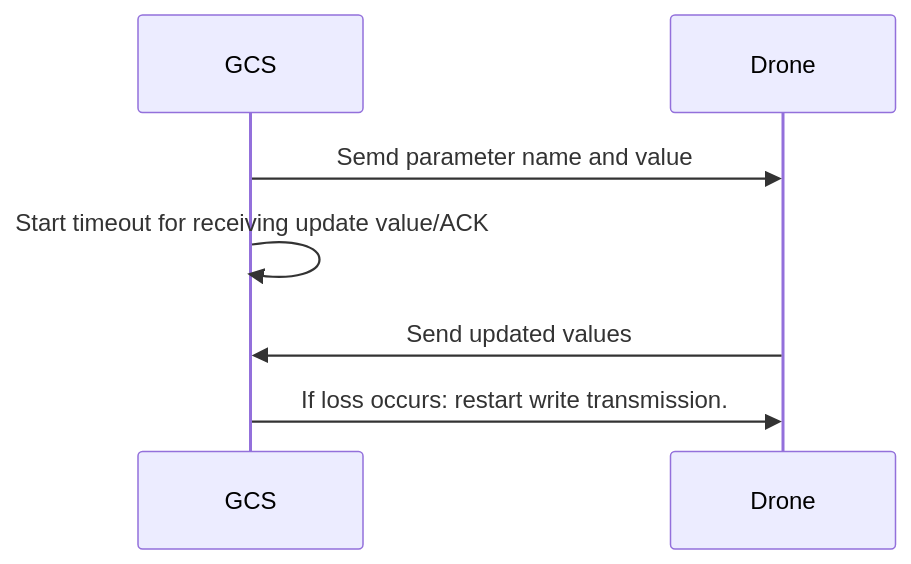
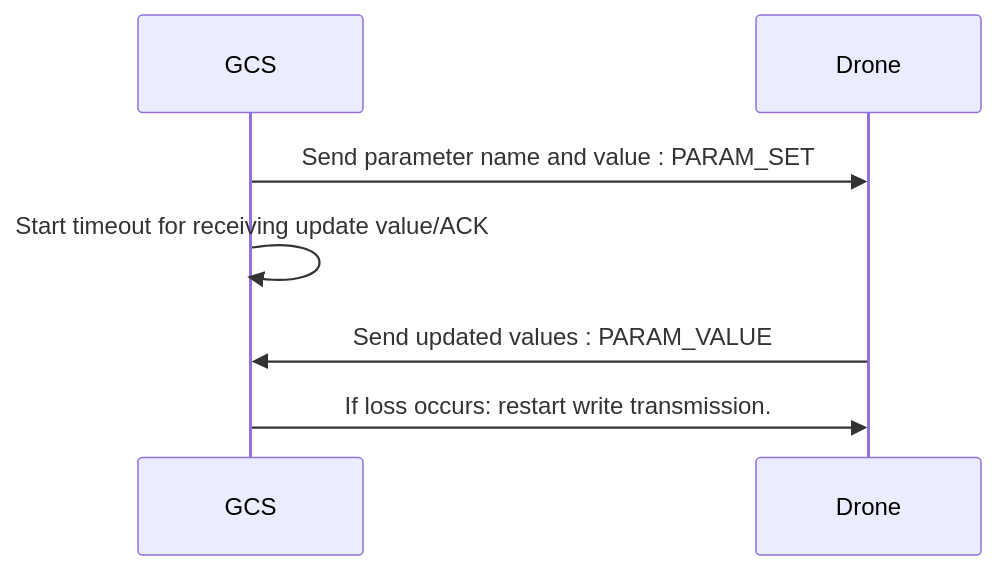
Before and after one commit to mavlink/mavlink-devguide: the second of 2 diagrams in en/protocol/parameter.md, drawn with Mermaid. The commit also changed other lines of this file, not shown here.

First line of the commit message:
Fix typo - Update diagram

```diff
--- a/en/protocol/parameter.md
+++ b/en/protocol/parameter.md
@@ -83,9 +83,9 @@
 {% mermaid %}
 sequenceDiagram;
     participant GCS
     participant Drone
-    GCS->>Drone: Semd parameter name and value
+    GCS->>Drone: Send parameter name and value : PARAM_SET
     GCS->>GCS: Start timeout for receiving update value/ACK
-    Drone->>GCS: Send updated values
+    Drone->>GCS: Send updated values : PARAM_VALUE
     GCS->>Drone: If loss occurs: restart write transmission.
 {% endmermaid %}
```
